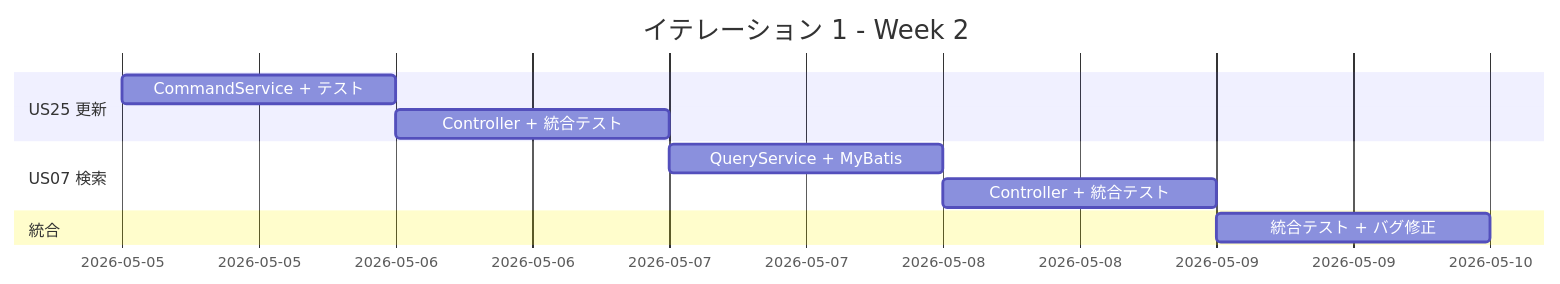
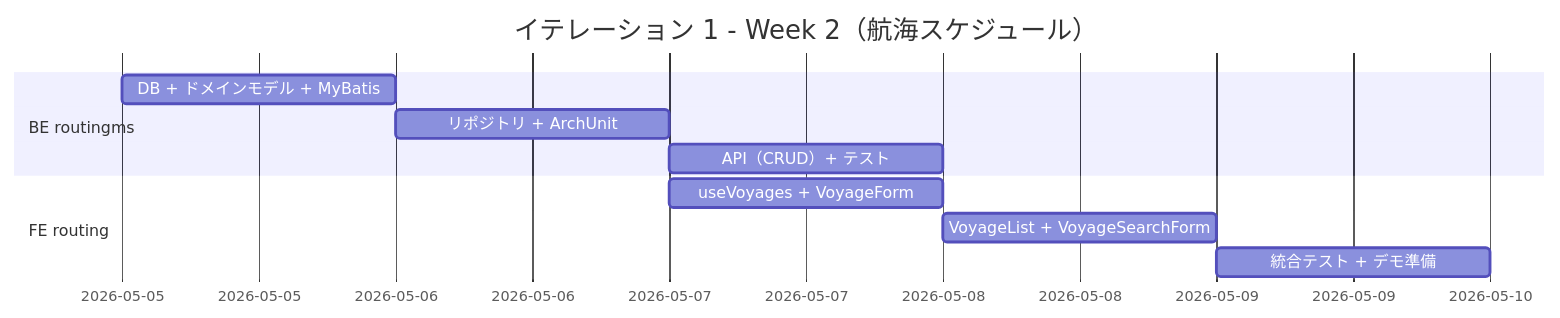
The second of 10 diagrams in docs/development/iteration_plan-1.md (k2works/case-study-cargo-tracker), drawn with Mermaid before and after one commit. The commit also changed other lines of this file and 3 other files, not shown here.

````diff
--- a/docs/development/iteration_plan-1.md
+++ b/docs/development/iteration_plan-1.md
@@ -216,13 +246,13 @@
 ```mermaid
 gantt
-    title イテレーション 1 - Week 2
+    title イテレーション 1 - Week 2（航海スケジュール）
     dateFormat  YYYY-MM-DD
-    section US25 更新
-    CommandService + テスト    :a1, 2026-05-05, 1d
-    Controller + 統合テスト    :a2, after a1, 1d
-    section US07 検索
-    QueryService + MyBatis     :u1, after a2, 1d
-    Controller + 統合テスト    :u2, after u1, 1d
-    section 統合
-    統合テスト + バグ修正      :u3, after u2, 1d
+    section BE routingms
+    DB + ドメインモデル + MyBatis  :a1, 2026-05-05, 1d
+    リポジトリ + ArchUnit          :a2, after a1, 1d
+    API（CRUD）+ テスト            :a3, after a2, 1d
+    section FE routing
+    useVoyages + VoyageForm        :b1, 2026-05-07, 1d
+    VoyageList + VoyageSearchForm  :b2, after b1, 1d
+    統合テスト + デモ準備          :b3, after b2, 1d
 ```
````
